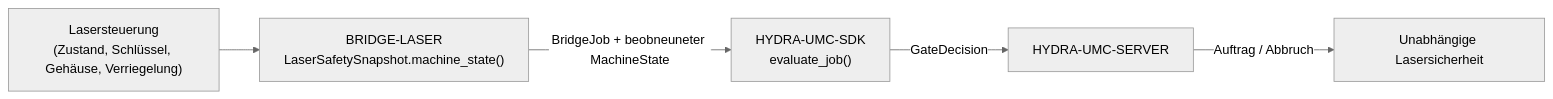
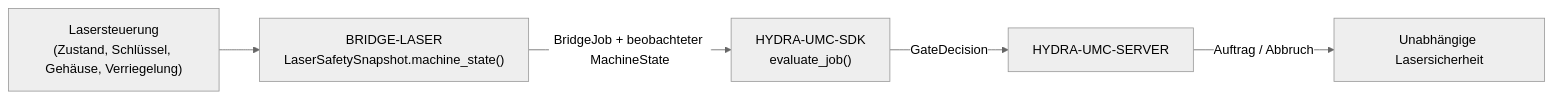
One commit to JuanenRac/HYDRA-UMC-BRIDGE-LASER changed the diagram in README_deu.md. Above: the diagram before and after it, drawn with Mermaid (neutral theme). The commit also changed other lines of this file and 5 other files, not shown here.

````diff
--- a/README_deu.md
+++ b/README_deu.md
@@ -42,7 +44,7 @@
 ```mermaid
 flowchart LR
     LASER["Lasersteuerung<br/>(Zustand, Schlüssel, Gehäuse, Verriegelung)"] --> BRIDGE["BRIDGE-LASER<br/>LaserSafetySnapshot.machine_state()"]
-    BRIDGE -- "BridgeJob + beobneuneter MachineState" --> SDK["HYDRA-UMC-SDK<br/>evaluate_job()"]
+    BRIDGE -- "BridgeJob + beobachteter MachineState" --> SDK["HYDRA-UMC-SDK<br/>evaluate_job()"]
     SDK -- GateDecision --> SERVER["HYDRA-UMC-SERVER"]
     SERVER -- "Auftrag / Abbruch" --> SAFETY["Unabhängige Lasersicherheit"]
 ```
````
